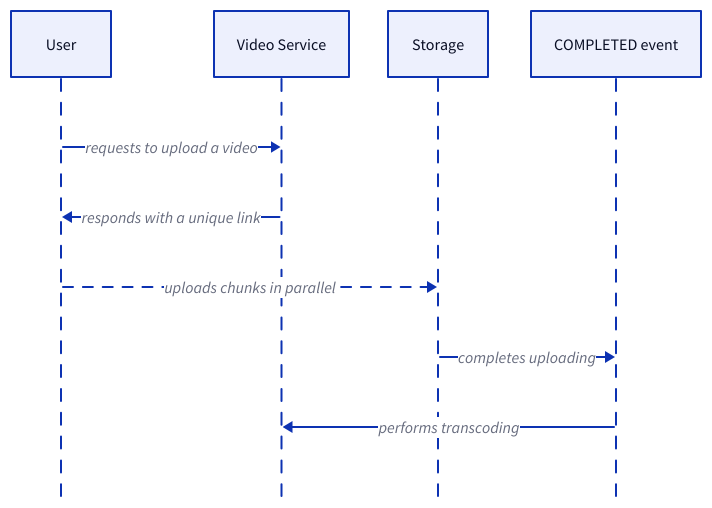
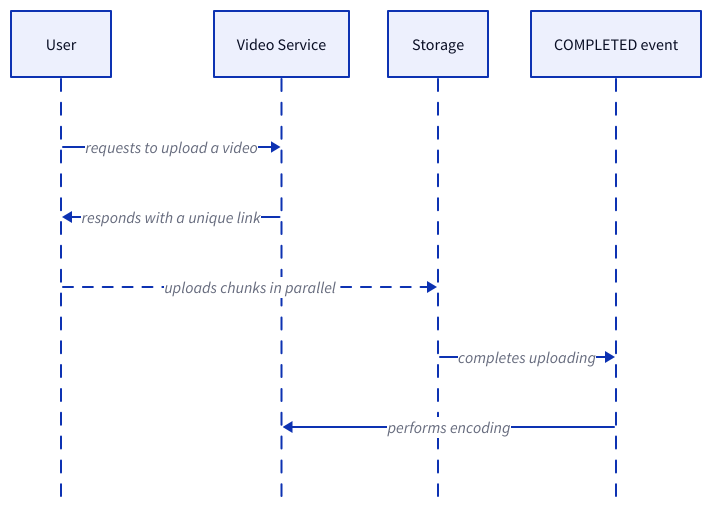
Before and after one commit to link1905/system-design-101: the third of 10 diagrams in content/practices/vod-system/_index.md, drawn with D2. The commit also changed other lines of this file and 2 other files, not shown here.

Commit message:
fix grammars of the practices

````diff
--- a/content/practices/vod-system/_index.md
+++ b/content/practices/vod-system/_index.md
@@ -134,22 +134,22 @@
 ```d2
 shape: sequence_diagram
 u: User {
     class: client
 }
 v: Video Service {
     class: server
 }
 s: Storage {
     class: resource
 }
 e: COMPLETED event {
     class: msg
 }
 u -> v: requests to upload a video
 v -> u: responds with a unique link
 u -> s: uploads chunks in parallel {
     style.animated: true
 }
 s -> e: completes uploading
-v <- e: performs transcoding
+v <- e: performs encoding
 ```
````
